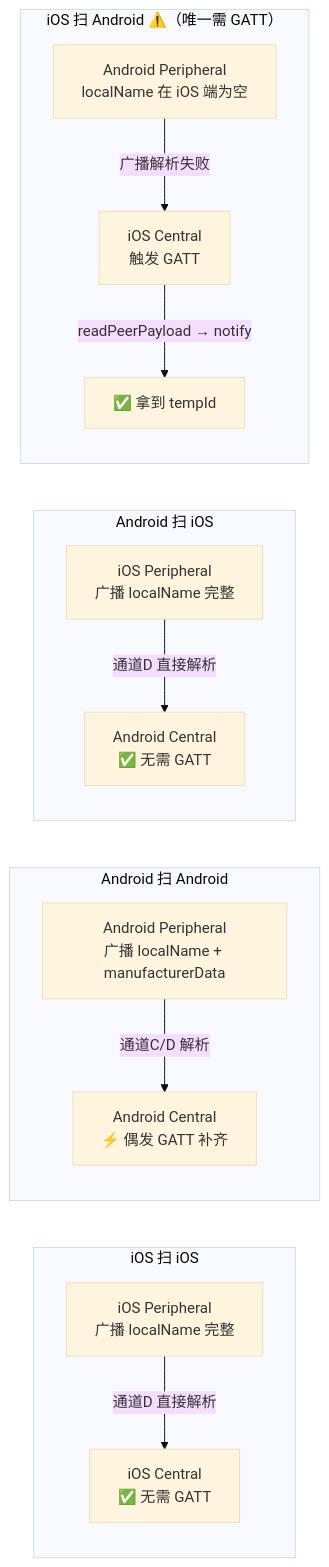
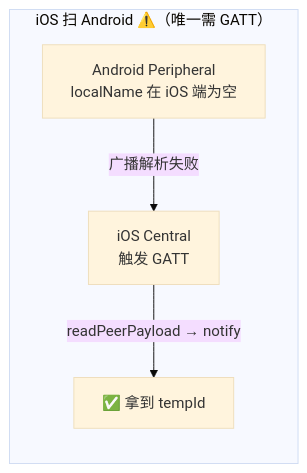
Before and after one commit to novlan1/notes: diagram 13 of 14 in docs/2026下/蓝牙通信.md, drawn with Mermaid (base theme). The commit also changed other lines of this file and 2 other files, not shown here.

````diff
--- a/docs/2026下/蓝牙通信.md
+++ b/docs/2026下/蓝牙通信.md
@@ -570,16 +397,7 @@
 ```mermaid
 graph LR
-    subgraph "iOS 扫 iOS"
-        A1["iOS Peripheral<br/>广播 localName 完整"] -->|"通道D 直接解析"| A2["iOS Central<br/>✅ 无需 GATT"]
-    end
-    subgraph "Android 扫 Android"
-        B1["Android Peripheral<br/>广播 localName + manufacturerData"] -->|"通道C/D 解析"| B2["Android Central<br/>⚡ 偶发 GATT 补齐"]
-    end
-    subgraph "Android 扫 iOS"
-        C1["iOS Peripheral<br/>广播 localName 完整"] -->|"通道D 直接解析"| C2["Android Central<br/>✅ 无需 GATT"]
-    end
     subgraph "iOS 扫 Android ⚠️（唯一需 GATT）"
         D1["Android Peripheral<br/>localName 在 iOS 端为空"] -->|"广播解析失败"| D2["iOS Central<br/>触发 GATT"]
         D2 -->|"readPeerPayload → notify"| D3["✅ 拿到 tempId"]
     end
 ```
````
